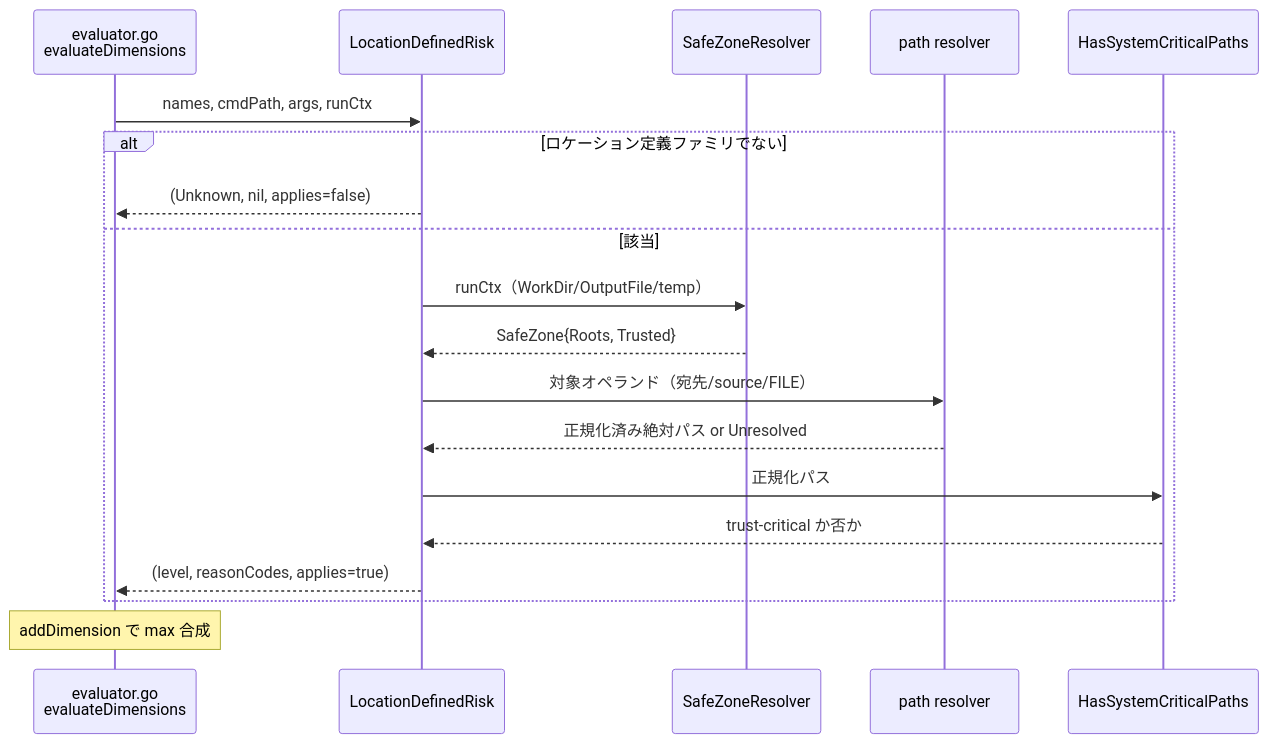
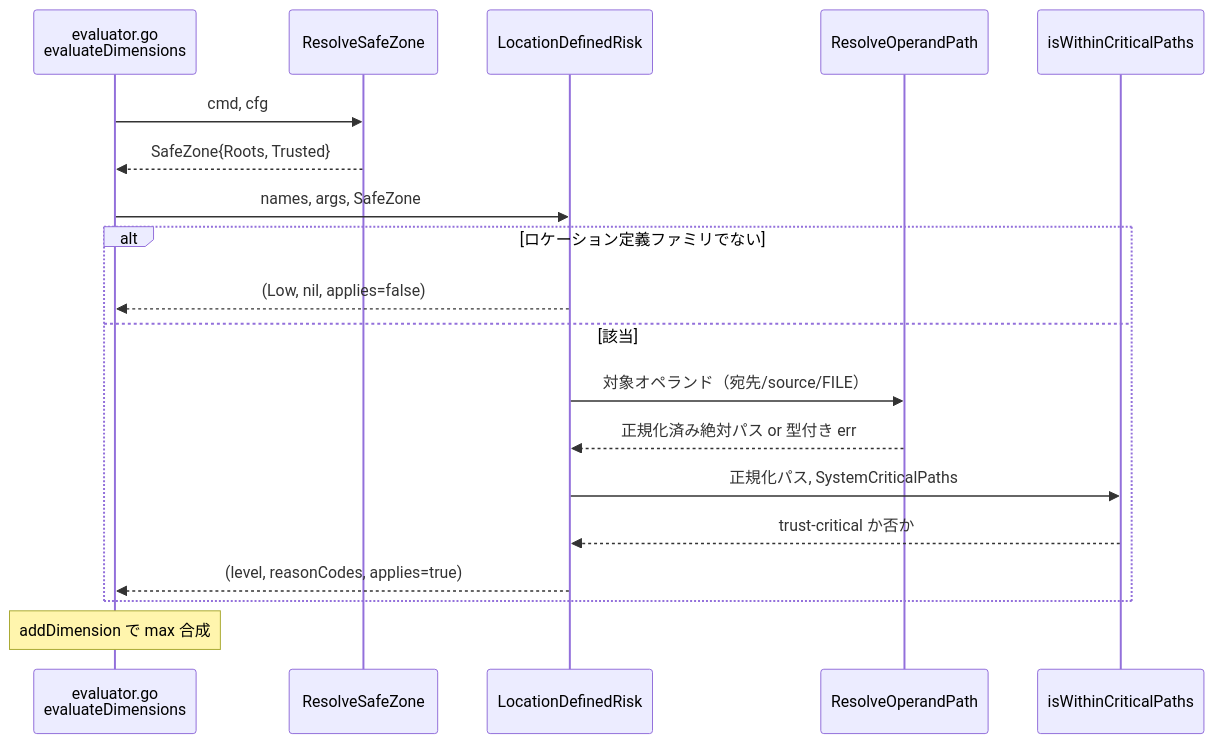
The third of 6 diagrams in docs/tasks/0140_risk_level_classification_review/02_architecture.md (isseis/go-safe-cmd-runner), drawn with Mermaid before and after one commit. The commit also changed other lines of this file, not shown here.

````diff
--- a/docs/tasks/0140_risk_level_classification_review/02_architecture.md
+++ b/docs/tasks/0140_risk_level_classification_review/02_architecture.md
@@ -130,22 +130,22 @@
 ```mermaid
 sequenceDiagram
     participant EV as evaluator.go<br>evaluateDimensions
+    participant SZ as ResolveSafeZone
     participant LZ as LocationDefinedRisk
-    participant SZ as SafeZoneResolver
-    participant PR as path resolver
-    participant CA as HasSystemCriticalPaths
+    participant PR as ResolveOperandPath
+    participant CP as isWithinCriticalPaths
 
-    EV->>LZ: names, cmdPath, args, runCtx
+    EV->>SZ: cmd, cfg
+    SZ-->>EV: SafeZone{Roots, Trusted}
+    EV->>LZ: names, args, SafeZone
     alt ロケーション定義ファミリでない
-        LZ-->>EV: (Unknown, nil, applies=false)
+        LZ-->>EV: (Low, nil, applies=false)
     else 該当
-        LZ->>SZ: runCtx（WorkDir/OutputFile/temp）
-        SZ-->>LZ: SafeZone{Roots, Trusted}
         LZ->>PR: 対象オペランド（宛先/source/FILE）
-        PR-->>LZ: 正規化済み絶対パス or Unresolved
-        LZ->>CA: 正規化パス
-        CA-->>LZ: trust-critical か否か
+        PR-->>LZ: 正規化済み絶対パス or 型付き err
+        LZ->>CP: 正規化パス, SystemCriticalPaths
+        CP-->>LZ: trust-critical か否か
         LZ-->>EV: (level, reasonCodes, applies=true)
     end
     Note over EV: addDimension で max 合成
 ```
````
